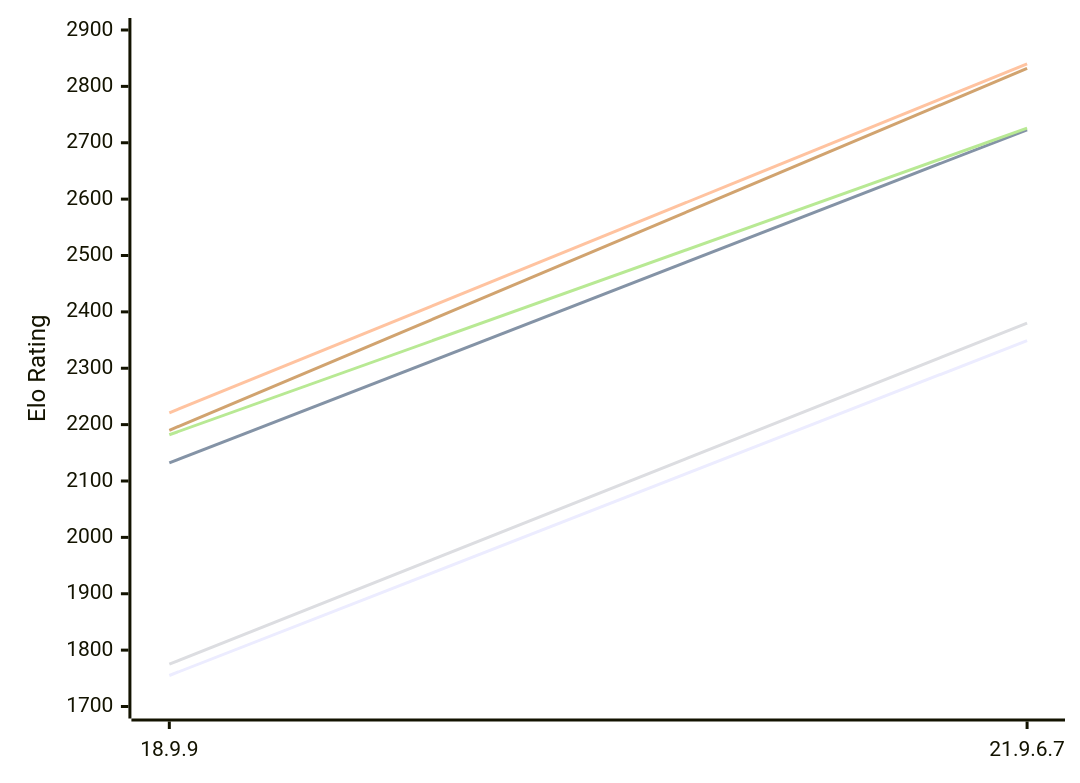
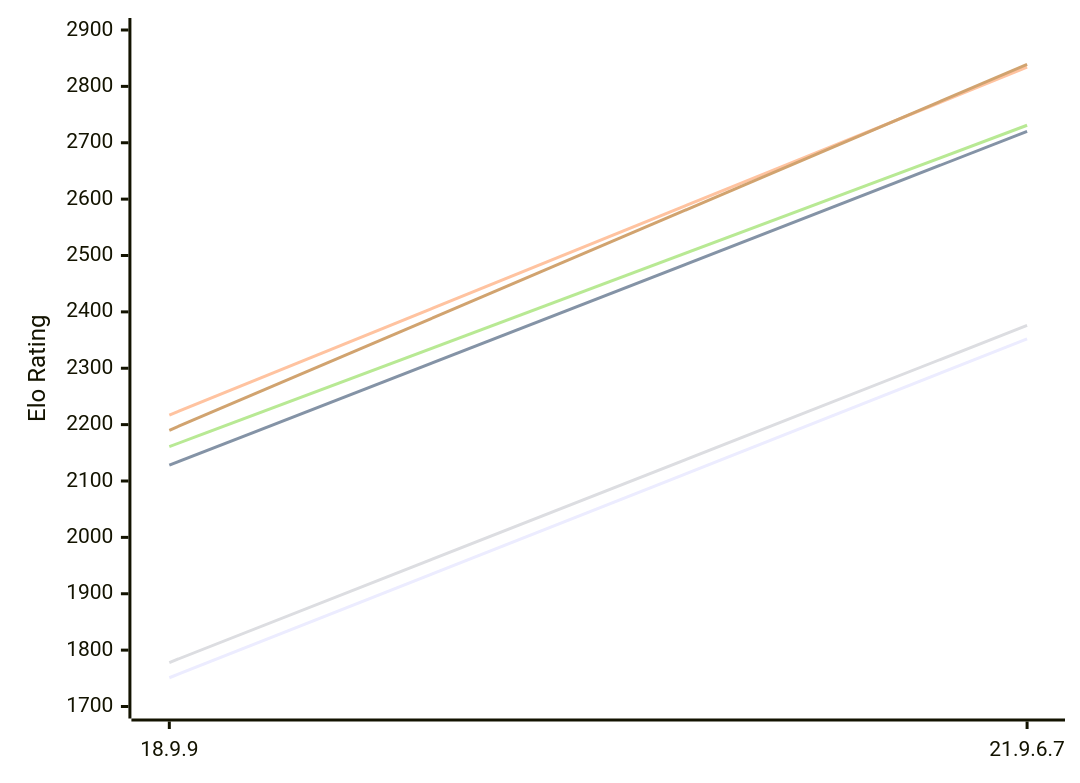
The diagram in engines/RuthIron.md (computer-chess-index/cci), drawn with Mermaid before and after one commit. The commit also changed other lines of this file, not shown here.

Commit message:
Update CCI Ratings (ELO VLTC) - 2026-11-21

````diff
--- a/engines/RuthIron.md
+++ b/engines/RuthIron.md
@@ -49,12 +49,12 @@
 ```mermaid
 %%{init: {"theme":"base","themeVariables":{"seriesColors:['#a3a3a3','#222221','#faa371']}}}%%
 xychart-beta
   x-axis ["18.9.9", "21.9.6.7"]
   y-axis "Elo Rating" 1700 --> 2900
-  line "E1: STC (8.0+0.08s)" [1755, 2349]
-  line "E1: LTC (60.0+0.60s)" [2132, 2723]
-  line "E1: VLTC (2m24s+1.12s)" [2221, 2840]
-  line "P1: STC (8.0+0.08s)" [1775, 2380]
-  line "P1: LTC (60.0+0.60s)" [2182, 2726]
-  line "P1: VLTC (2m24s+1.12s)" [2190, 2832]
+  line "E1: STC (8.0+0.08s)" [1751, 2352]
+  line "E1: LTC (60.0+0.60s)" [2128, 2720]
+  line "E1: VLTC (2m24s+1.12s)" [2217, 2834]
+  line "P1: STC (8.0+0.08s)" [1778, 2376]
+  line "P1: LTC (60.0+0.60s)" [2161, 2731]
+  line "P1: VLTC (2m24s+1.12s)" [2190, 2839]
 ```
````
